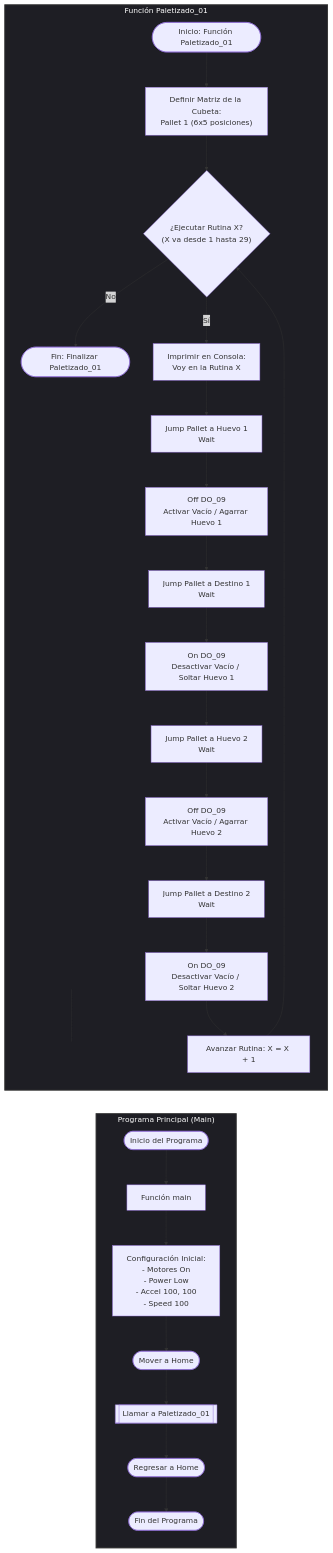
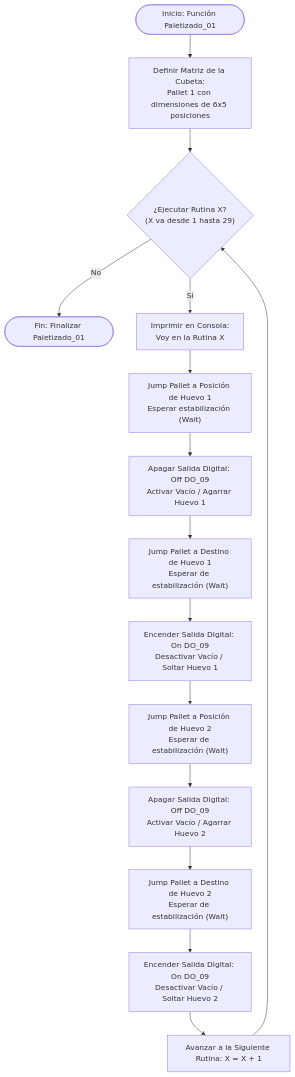
The second of 2 diagrams in Laboratorio No. 03 - Robótica Industrial EPSON T3 401S y EPSON RC+/README.MD (labsir-un/Robotica-2026-I-Equipo-3C-Moreno-Ramos), drawn with Mermaid before and after one commit. The commit also changed other lines of this file, not shown here.

````diff
--- a/Laboratorio No. 03 - Robótica Industrial EPSON T3 401S y EPSON RC+/README.MD
+++ b/Laboratorio No. 03 - Robótica Industrial EPSON T3 401S y EPSON RC+/README.MD
@@ -214,49 +229,18 @@
 ```mermaid
-flowchart LR
-    %% --- DIAGRAMA DE LA IZQUIERDA (MAIN) ---
-    subgraph M ["Programa Principal (Main)"]
-        direction TD
-        Start1([Inicio del Programa]) --> Main["Función main"]
-        Main --> Init["Configuración Inicial:<br>- Motores On<br>- Power Low<br>- Accel 100, 100<br>- Speed 100"]
-        Init --> GoHome1(["Mover a Home"])
-        GoHome1 --> CallRoutine[["Llamar a Paletizado_01"]]
-        CallRoutine --> GoHome2(["Regresar a Home"])
-        GoHome2 --> EndProg([Fin del Programa])
-    end
-
-    %% --- DIAGRAMA DE LA DERECHA (FUNCIÓN) ---
-    subgraph P ["Función Paletizado_01"]
-        direction TD
-        
-        %% TRUCO DE ANCHO: Espacios invisibles muy largos para estirar el contenedor
-        AnchoIzq["&nbsp;"] --- AnchoDer["&nbsp;&nbsp;&nbsp;&nbsp;&nbsp;&nbsp;&nbsp;&nbsp;&nbsp;&nbsp;&nbsp;&nbsp;&nbsp;&nbsp;&nbsp;&nbsp;"]
-        style AnchoIzq fill:none,stroke:none
-        style AnchoDer fill:none,stroke:none
-        
-        Start2([Inicio: Función Paletizado_01]) --> DefPallet["Definir Matriz de la Cubeta:<br>Pallet 1 (6x5 posiciones)"]
-        
-        DefPallet --> RoutineLoop{"¿Ejecutar Rutina X?<br>(X va desde 1 hasta 29)"}
-        RoutineLoop -- No --> EndRoutine([Fin: Finalizar Paletizado_01])
-        RoutineLoop -- Sí --> PrintMsg["Imprimir en Consola:<br>Voy en la Rutina X"]
-        
-        PrintMsg --> PickH1["Jump Pallet a Huevo 1<br>Wait"]
-        PickH1 --> GrabH1["Off DO_09<br>Activar Vacío / Agarrar Huevo 1"]
-        
-        GrabH1 --> DropH1["Jump Pallet a Destino 1<br>Wait"]
-        DropH1 --> ReleaseH1["On DO_09<br>Desactivar Vacío / Soltar Huevo 1"]
-        
-        ReleaseH1 --> PickH2["Jump Pallet a Huevo 2<br>Wait"]
-        PickH2 --> GrabH2["Off DO_09<br>Activar Vacío / Agarrar Huevo 2"]
-        
-        GrabH2 --> DropH2["Jump Pallet a Destino 2<br>Wait"]
-        DropH2 --> ReleaseH2["On DO_09<br>Desactivar Vacío / Soltar Huevo 2"]
-        
-        ReleaseH2 --> NextRoutine["Avanzar Rutina: X = X + 1"]
-        NextRoutine --> RoutineLoop
-    end
-
-    %% Estilos estéticos para las cajas contenedoras
-    style M fill:#1e1e24,stroke:#333,stroke-width:2px,color:#fff
-    style P fill:#1e1e24,stroke:#333,stroke-width:2px,color:#fff
-    
+flowchart TB
+    Start(["Inicio: Función Paletizado_01"]) --> DefPallet["Definir Matriz de la Cubeta:<br>Pallet 1 con dimensiones de 6x5 posiciones"]
+    DefPallet --> RoutineLoop{"¿Ejecutar Rutina X?<br>(X va desde 1 hasta 29)"}
+    RoutineLoop -- No --> EndRoutine(["Fin: Finalizar Paletizado_01"])
+    RoutineLoop -- Sí --> PrintMsg["Imprimir en Consola:<br>Voy en la Rutina X"]
+    PrintMsg --> PickH1["Jump Pallet a Posición de Huevo 1<br>Esperar estabilización (Wait)"]
+    PickH1 --> GrabH1["Apagar Salida Digital: Off DO_09<br>Activar Vacío / Agarrar Huevo 1"]
+    GrabH1 --> DropH1["Jump Pallet a Destino de Huevo 1<br>Esperar de estabilización (Wait)"]
+    DropH1 --> ReleaseH1["Encender Salida Digital: On DO_09<br>Desactivar Vacío / Soltar Huevo 1"]
+    ReleaseH1 --> PickH2["Jump Pallet a Posición de Huevo 2<br>Esperar de estabilización (Wait)"]
+    PickH2 --> GrabH2["Apagar Salida Digital: Off DO_09<br>Activar Vacío / Agarrar Huevo 2"]
+    GrabH2 --> DropH2["Jump Pallet a Destino de Huevo 2<br>Esperar de estabilización (Wait)"]
+    DropH2 --> ReleaseH2["Encender Salida Digital: On DO_09<br>Desactivar Vacío / Soltar Huevo 2"]
+    ReleaseH2 --> NextRoutine["Avanzar a la Siguiente Rutina: X = X + 1"]
+    NextRoutine --> RoutineLoop
+      
 ```
````
